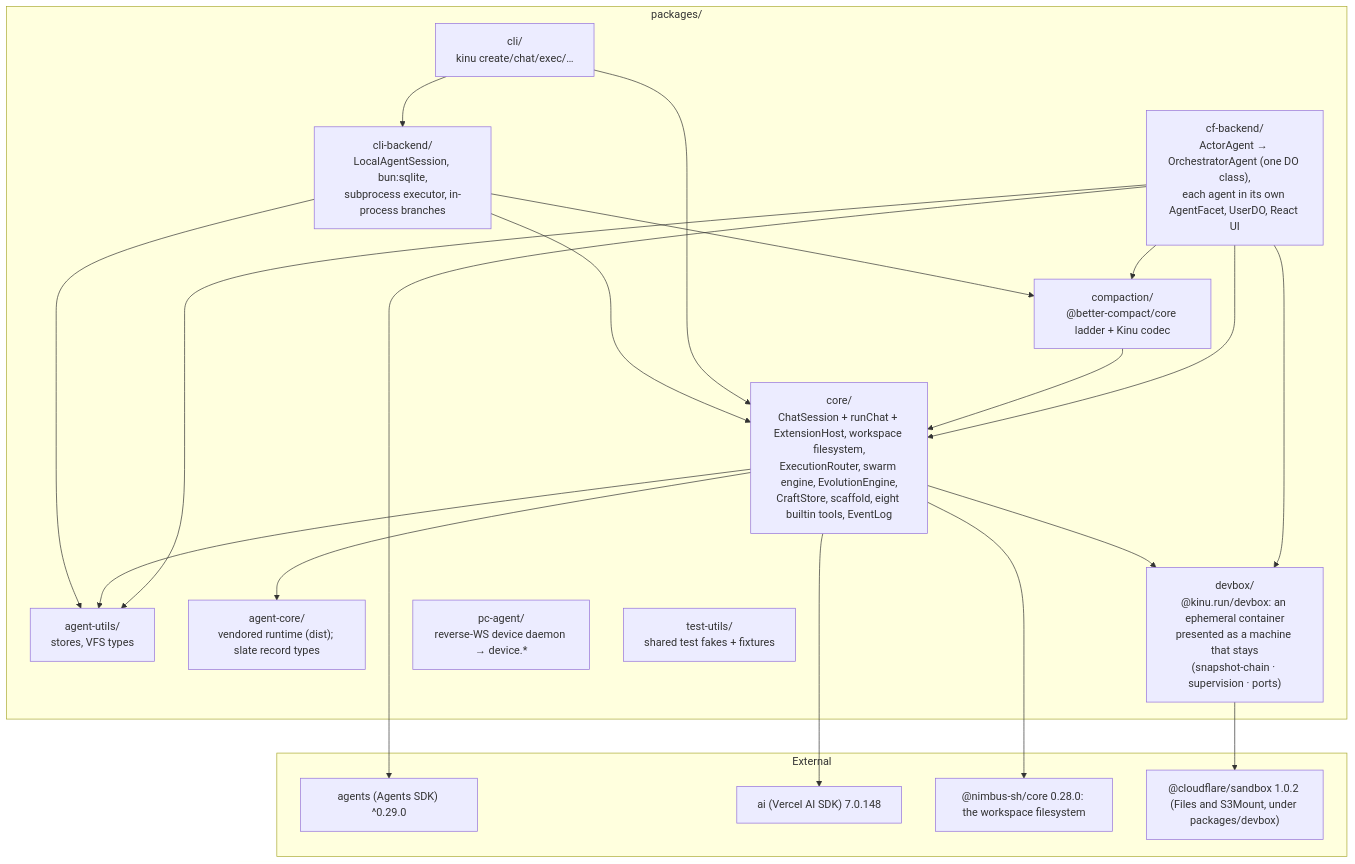
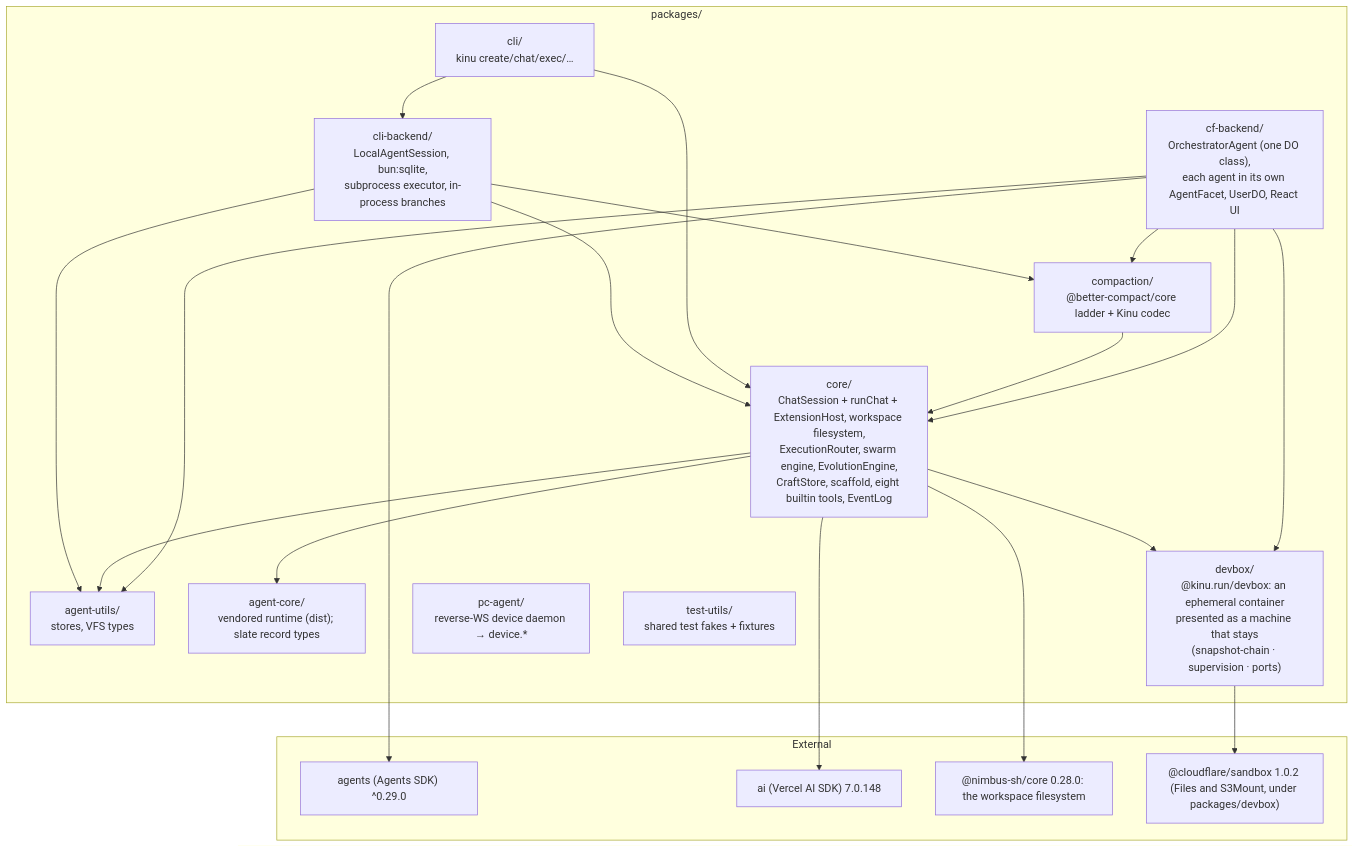
One commit to AshishKumar4/kinu changed the fifth of 5 diagrams in docs/ARCHITECTURE.md. Above: the diagram before and after it, drawn with Mermaid. The commit also changed other lines of this file and 65 other files, not shown here.

First line of the commit message:
refactor(cf): fold ActorAgent into OrchestratorAgent, the one workspace class

````diff
--- a/docs/ARCHITECTURE.md
+++ b/docs/ARCHITECTURE.md
@@ -526,41 +512,41 @@
 ```mermaid
 graph TB
     subgraph pkgs["packages/"]
         Core["core/<br/>ChatSession + runChat + ExtensionHost, workspace filesystem,<br/>ExecutionRouter, swarm engine, EvolutionEngine,<br/>CraftStore, scaffold, eight builtin tools, EventLog"]
-        CF["cf-backend/<br/>ActorAgent → OrchestratorAgent (one DO class),<br/>each agent in its own AgentFacet, UserDO, React UI"]
+        CF["cf-backend/<br/>OrchestratorAgent (one DO class),<br/>each agent in its own AgentFacet, UserDO, React UI"]
         Utils["agent-utils/<br/>stores, VFS types"]
         AC["agent-core/<br/>vendored runtime (dist); slate record types"]
         Compact["compaction/<br/>@better-compact/core ladder + Kinu codec"]
         Devbox["devbox/<br/>@kinu.run/devbox: an ephemeral container<br/>presented as a machine that stays<br/>(snapshot-chain · supervision · ports)"]
         CLI["cli/<br/>kinu create/chat/exec/…"]
         CLIB["cli-backend/<br/>LocalAgentSession, bun:sqlite,<br/>subprocess executor, in-process branches"]
         PC["pc-agent/<br/>reverse-WS device daemon → device.*"]
         TU["test-utils/<br/>shared test fakes + fixtures"]
     end
 
     CF --> Core
     CF --> Utils
     CF --> Compact
     CF --> Devbox
     Core --> AC
     Core --> Utils
     Core --> Devbox
     Compact --> Core
     CLI --> Core
     CLI --> CLIB
     CLIB --> Core
     CLIB --> Utils
     CLIB --> Compact
 
     subgraph ext["External"]
         Agents["agents (Agents SDK) ^0.29.0"]
         AISDK["ai (Vercel AI SDK) 7.0.148"]
         Nimbus["@nimbus-sh/core 0.28.0: the workspace filesystem"]
         Sandbox["@cloudflare/sandbox 1.0.2 (Files and S3Mount, under packages/devbox)"]
     end
 
     CF --> Agents
     Core --> AISDK
     Core --> Nimbus
     Devbox --> Sandbox
 ```
````
